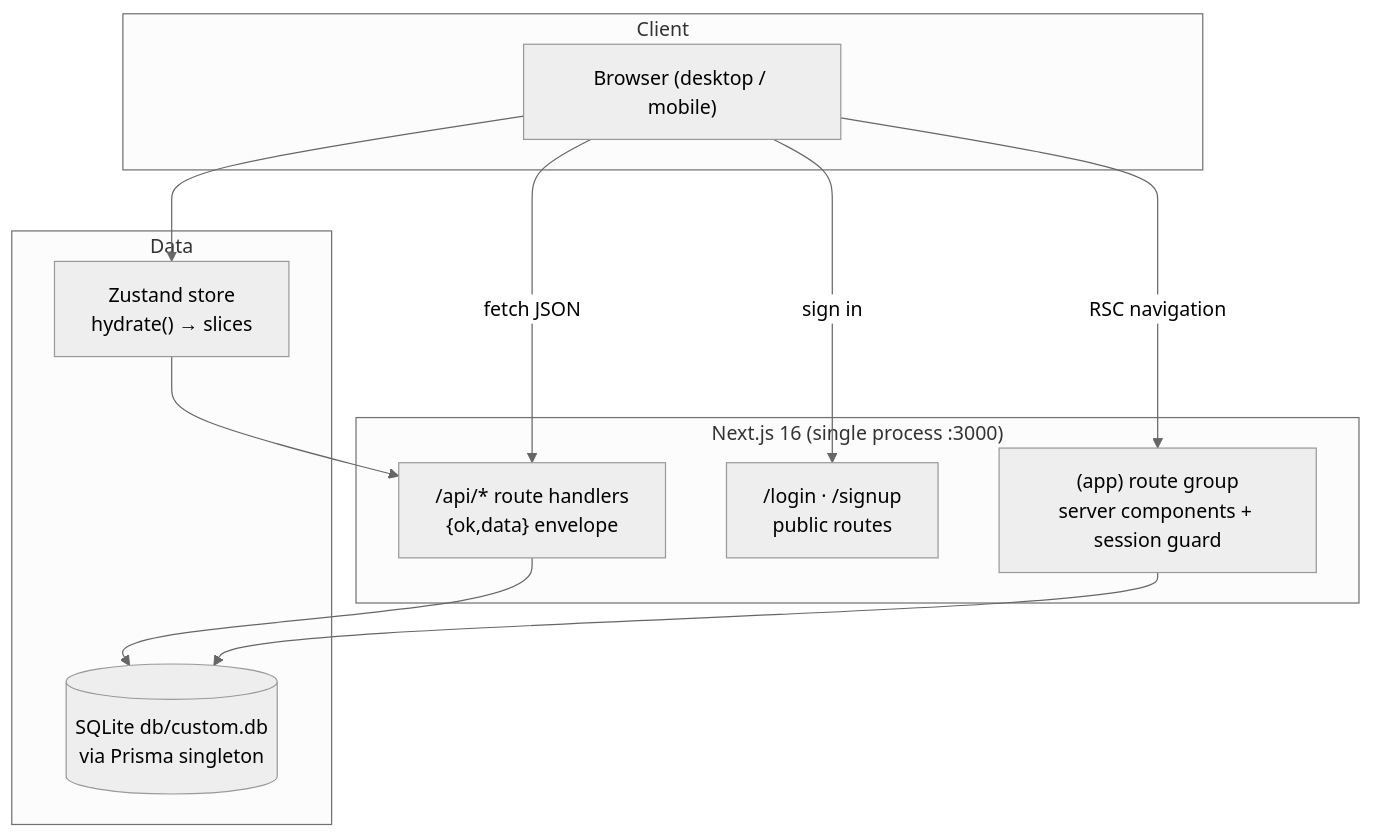
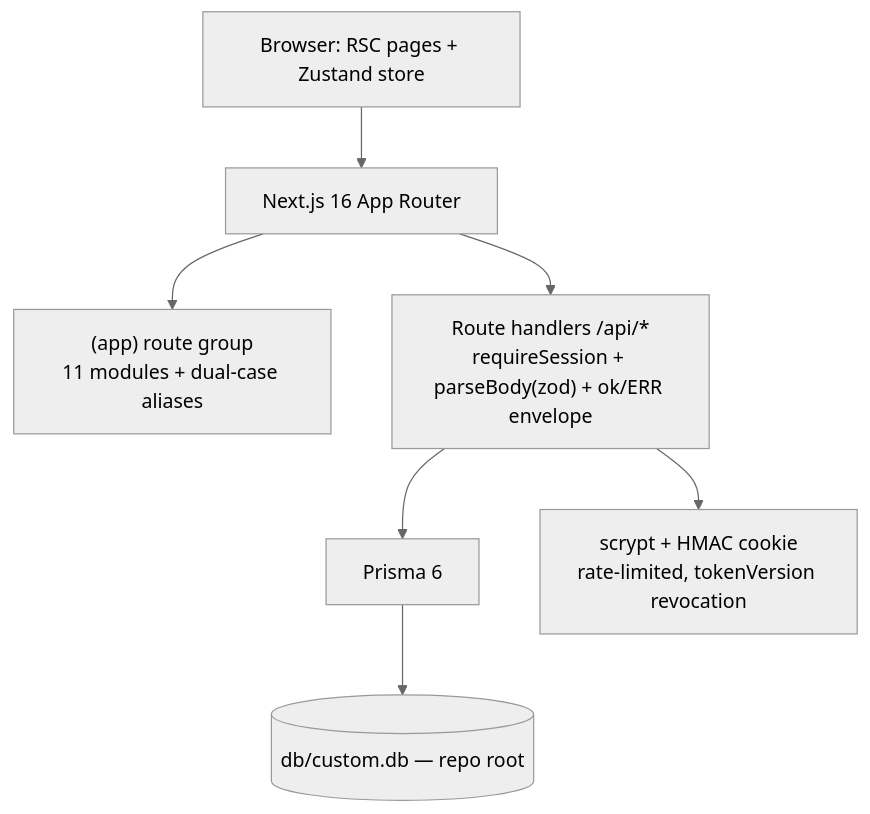
Before and after one commit to nordeim/wellness-hub: the diagram in README.md, drawn with Mermaid (neutral theme). The commit also changed other lines of this file and 20 other files, not shown here.

````diff
--- a/README.md
+++ b/README.md
@@ -85,21 +65,9 @@
 ```mermaid
 flowchart TB
-  subgraph Client
-    Browser["Browser (desktop / mobile)"]
-  end
-  subgraph NextServer["Next.js 16 (single process :3000)"]
-    Pages["(app) route group\nserver components + session guard"]
-    Login["/login · /signup\npublic routes"]
-    API["/api/* route handlers\n{ok,data} envelope"]
-  end
-  subgraph Data
-    Store["Zustand store\nhydrate() → slices"]
-    SQLite[("SQLite db/custom.db\nvia Prisma singleton")]
-  end
-  Browser -->|RSC navigation| Pages
-  Browser -->|sign in| Login
-  Browser -->|fetch JSON| API
-  API --> SQLite
-  Pages --> SQLite
-  Browser --> Store --> API
+    Browser[Browser: RSC pages + Zustand store] --> App[Next.js 16 App Router]
+    App --> Pages["(app) route group\n11 modules + dual-case aliases"]
+    App --> API["Route handlers /api/*\nrequireSession + parseBody(zod) + ok/ERR envelope"]
+    API --> Prisma[Prisma 6]
+    Prisma --> SQLite[("db/custom.db — repo root")]
+    API --> Auth["scrypt + HMAC cookie\nrate-limited, tokenVersion revocation"]
 ```
````
